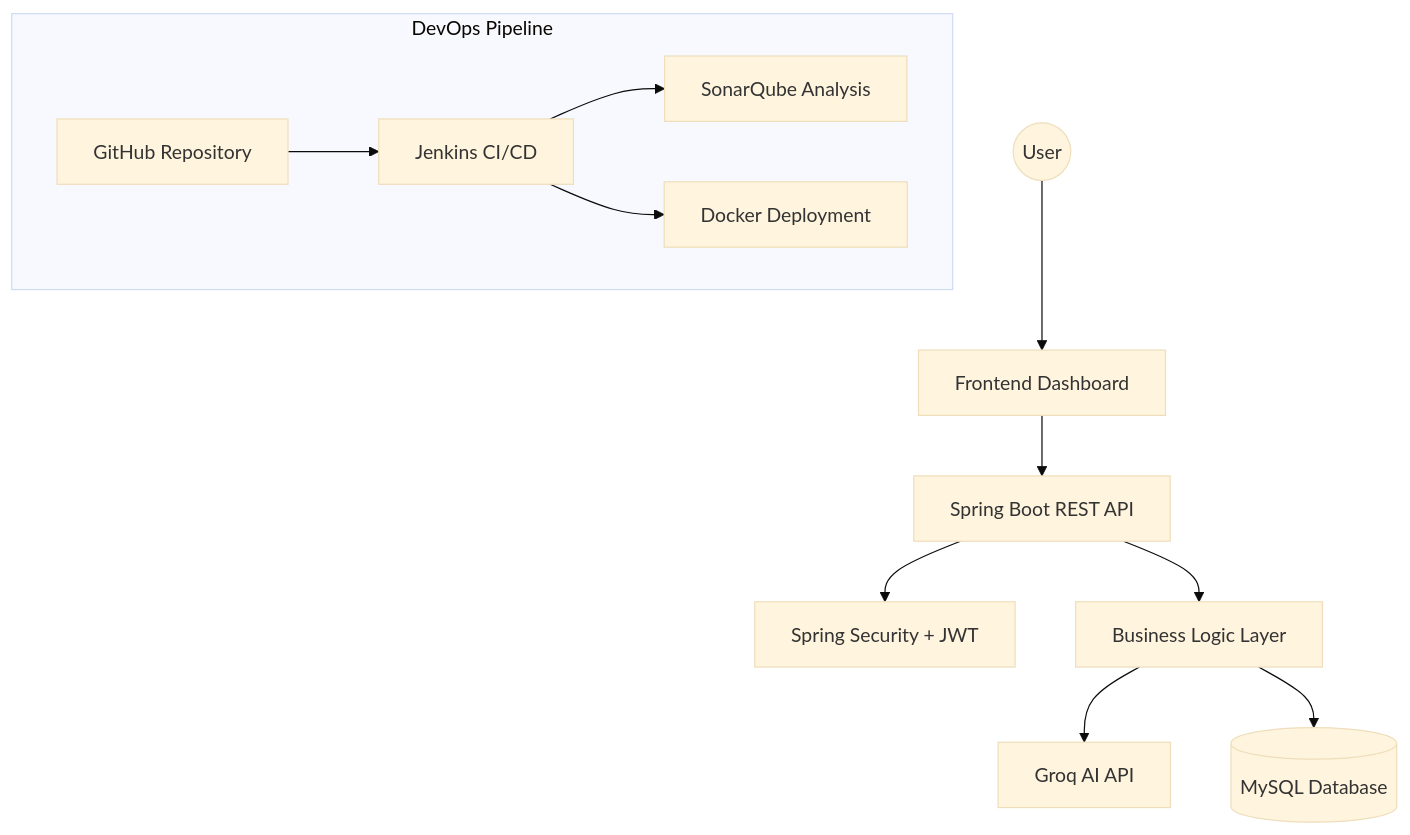
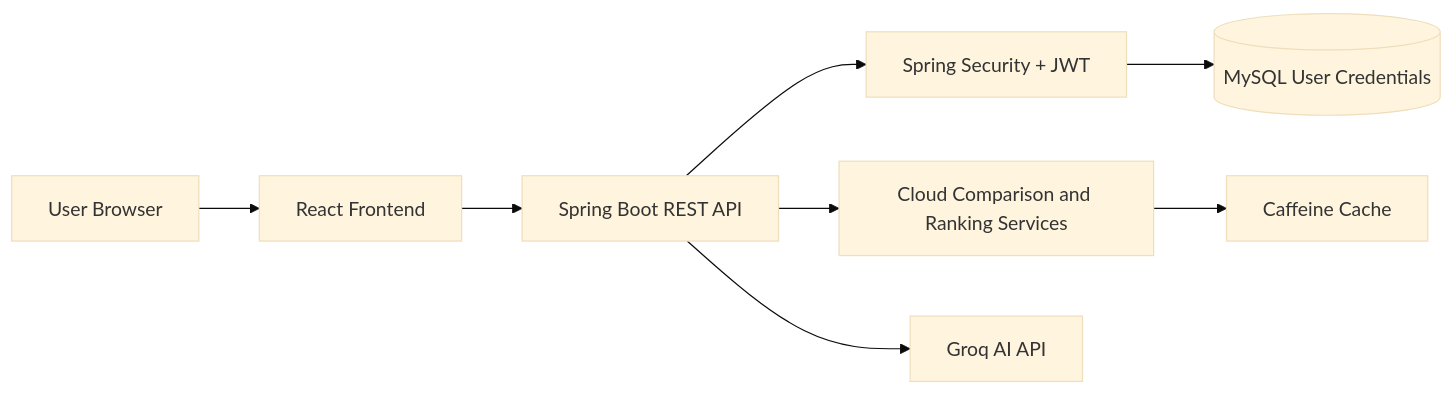
The first of 3 diagrams in README.md (yathamsridharreddy/CLOUD-COMPARE-AI), drawn with Mermaid (base theme) before and after one commit. The commit also changed other lines of this file and 13 other files, not shown here.

````diff
--- a/README.md
+++ b/README.md
@@ -75,21 +97,11 @@
 ```mermaid
-graph TD
-    User((User)) --> Frontend[Frontend Dashboard]
+flowchart LR
+    User[User Browser] --> Frontend[React Frontend]
     Frontend --> API[Spring Boot REST API]
 
     API --> Auth[Spring Security + JWT]
-    API --> Service[Business Logic Layer]
-    Service --> AI[Groq AI API]
-    Service --> DB[(MySQL Database)]
-
-    subgraph DevOps Pipeline
-        GitHub[GitHub Repository]
-        Jenkins[Jenkins CI/CD]
-        Sonar[SonarQube Analysis]
-        Docker[Docker Deployment]
-    end
-
-    GitHub --> Jenkins
-    Jenkins --> Sonar
-    Jenkins --> Docker
+    API --> Services[Cloud Comparison and Ranking Services]
+    API --> Groq[Groq AI API]
+    Auth --> RDS[(MySQL User Credentials)]
+    Services --> Cache[Caffeine Cache]
 ```
````
